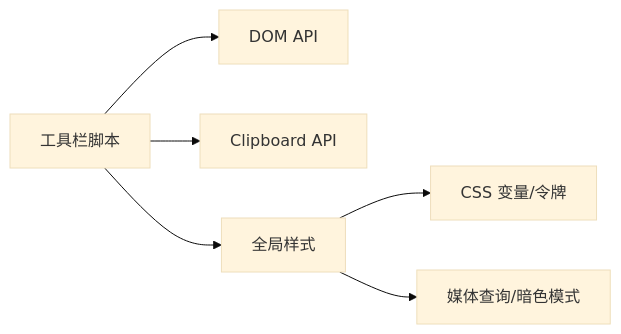
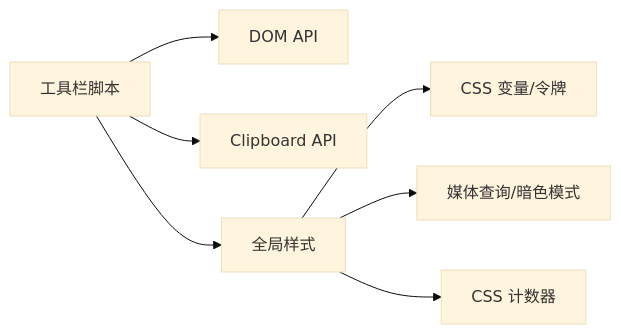
Before and after one commit to LZC6244/lzc6244.github.io: the seventh of 7 diagrams in .qoder/repowiki/zh/content/代码展示增强/代码工具栏功能.md, drawn with Mermaid (base theme). The commit also changed other lines of this file and 36 other files, not shown here.

````diff
--- a/.qoder/repowiki/zh/content/代码展示增强/代码工具栏功能.md
+++ b/.qoder/repowiki/zh/content/代码展示增强/代码工具栏功能.md
@@ -207,8 +275,9 @@
 ```mermaid
 graph LR
 Script["工具栏脚本"] --> DOM["DOM API"]
 Script --> Clipboard["Clipboard API"]
 Styles["全局样式"] --> Tokens["CSS 变量/令牌"]
 Styles --> Media["媒体查询/暗色模式"]
+Styles --> Counters["CSS 计数器"]
 Script --> Styles
 ```
````
